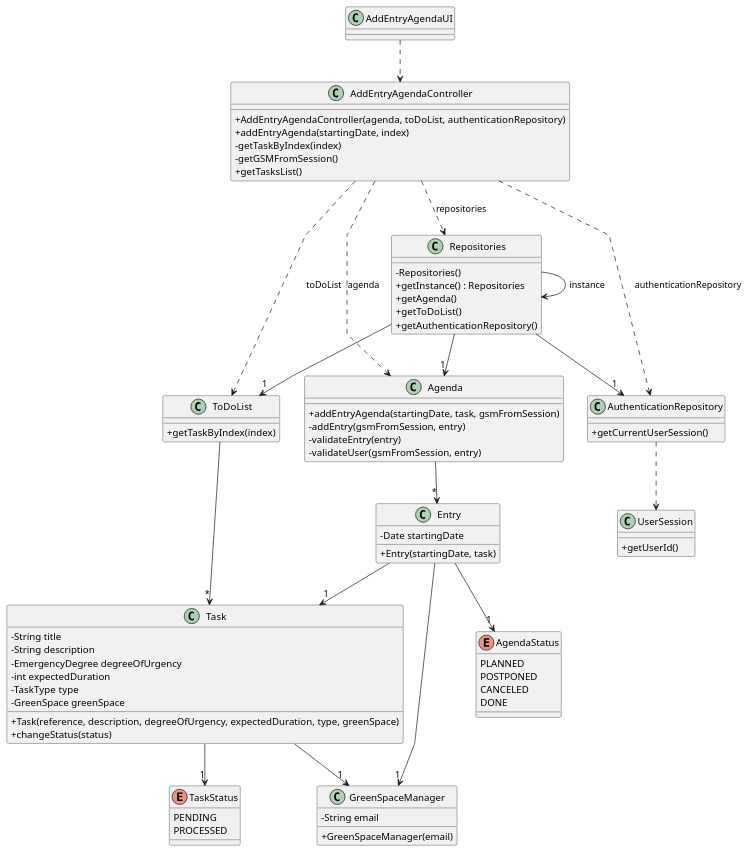
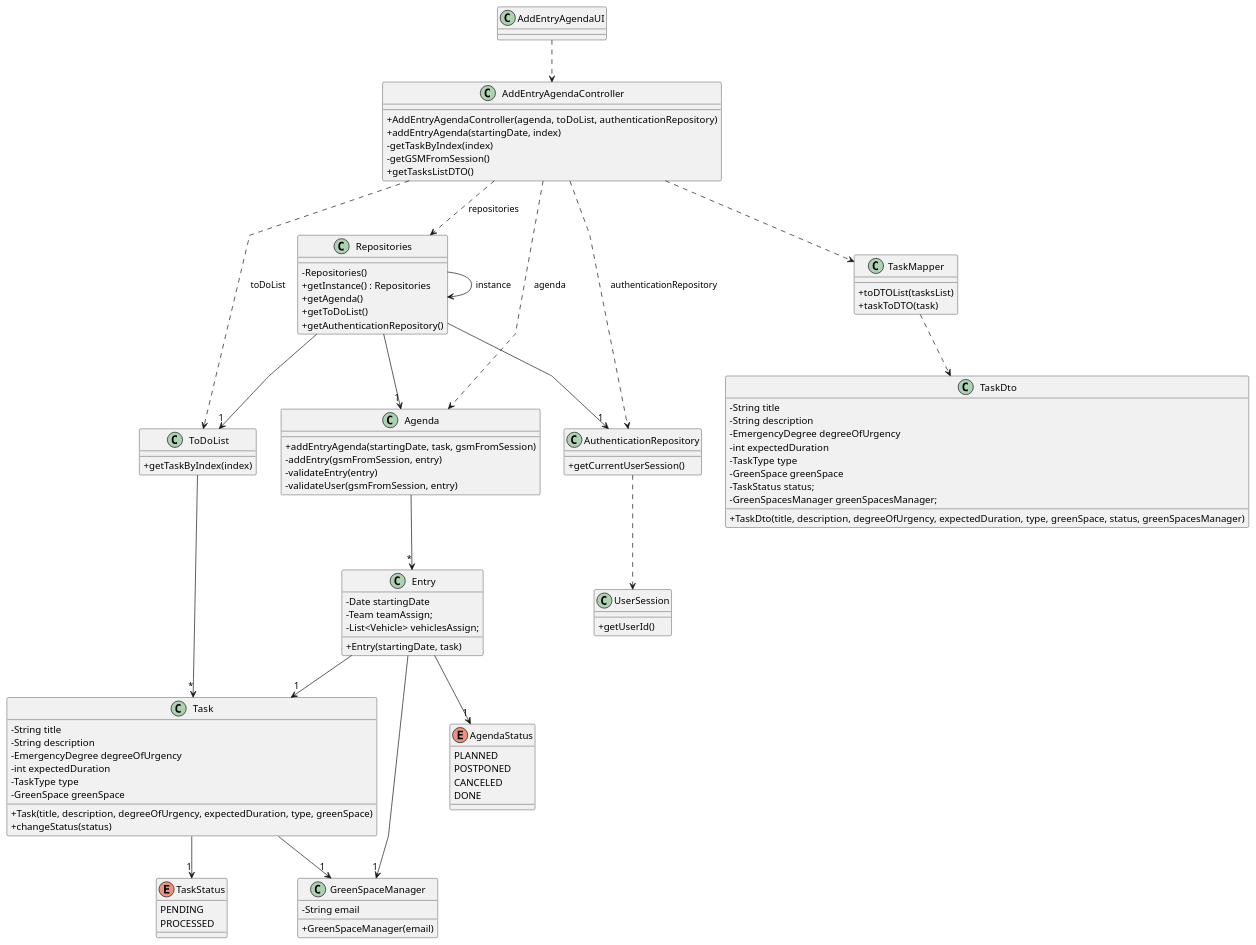
One commit to daniel41silva05/ISEP_2023_2024_LAPR2 changed the diagram in docs/sprintA&B&C/us022/03.design/puml/us022-class-diagram.puml. Above: the diagram before and after it, drawn with PlantUML. The commit also changed 16 other files, not shown here.

Commit message:
US22/23/26 - finalization Class Diagram and Sequence Diagram #10 #11 #12

```diff
--- a/docs/sprintA&B&C/us022/03.design/puml/us022-class-diagram.puml
+++ b/docs/sprintA&B&C/us022/03.design/puml/us022-class-diagram.puml
@@ -1,101 +1,122 @@
 @startuml
 'skinparam monochrome true
 skinparam packageStyle rectangle
 skinparam shadowing false
 skinparam linetype polyline
 'skinparam linetype orto
 
 skinparam classAttributeIconSize 0
 
 'left to right direction
 
 class AddEntryAgendaUI {
 }
 
 class AddEntryAgendaController {
     +AddEntryAgendaController(agenda, toDoList, authenticationRepository)
     +addEntryAgenda(startingDate, index)
     -getTaskByIndex(index)
     -getGSMFromSession()
-    +getTasksList()
+    +getTasksListDTO()
 }
 
 class Agenda {
     +addEntryAgenda(startingDate, task, gsmFromSession)
     -addEntry(gsmFromSession, entry)
     -validateEntry(entry)
     -validateUser(gsmFromSession, entry)
 }
 
 class Entry {
     -Date startingDate
+    -Team teamAssign;
+    -List<Vehicle> vehiclesAssign;
     +Entry(startingDate, task)
 }
 
 class ToDoList {
     +getTaskByIndex(index)
 }
 
 class Task {
     -String title
     -String description
     -EmergencyDegree degreeOfUrgency
     -int expectedDuration
     -TaskType type
     -GreenSpace greenSpace
-    +Task(reference, description, degreeOfUrgency, expectedDuration, type, greenSpace)
+    +Task(title, description, degreeOfUrgency, expectedDuration, type, greenSpace)
     +changeStatus(status)
 }
 
 class Repositories{
     - Repositories()
     + getInstance() : Repositories
     + getAgenda()
     + getToDoList()
     + getAuthenticationRepository()
 }
 
 enum AgendaStatus {
     PLANNED
     POSTPONED
     CANCELED
     DONE
 }
 
 enum TaskStatus {
     PENDING
     PROCESSED
 }
 
 class AuthenticationRepository {
     +getCurrentUserSession()
 }
 
 class UserSession {
     +getUserId()
 }
 
 class GreenSpaceManager {
     -String email
     +GreenSpaceManager(email)
 }
 
+class TaskDto {
+    -String title
+    -String description
+    -EmergencyDegree degreeOfUrgency
+    -int expectedDuration
+    -TaskType type
+    -GreenSpace greenSpace
+    -TaskStatus status;
+    -GreenSpacesManager greenSpacesManager;
+    +TaskDto(title, description, degreeOfUrgency, expectedDuration, type, greenSpace, status, greenSpacesManager)
+}
+
+class TaskMapper {
+    +toDTOList(tasksList)
+    +taskToDTO(task)
+}
+
 AddEntryAgendaUI ..> AddEntryAgendaController
 AddEntryAgendaController ..> Repositories: repositories
 AddEntryAgendaController ..> Agenda: agenda
 AddEntryAgendaController ..> ToDoList: toDoList
 AddEntryAgendaController ..> AuthenticationRepository: authenticationRepository
 AuthenticationRepository ..> UserSession
 Repositories --> Repositories: instance
 Repositories --> "1" Agenda
 Repositories --> "1" ToDoList
 Repositories --> "1" AuthenticationRepository
 Agenda --> "*" Entry
 ToDoList --> "*" Task
 Entry --> "1" Task
 Entry --> "1" AgendaStatus
 Task --> "1" TaskStatus
 Entry --> "1" GreenSpaceManager
 Task --> "1" GreenSpaceManager
+AddEntryAgendaController ..> TaskMapper
+TaskMapper ..> TaskDto
 
 @enduml
```
